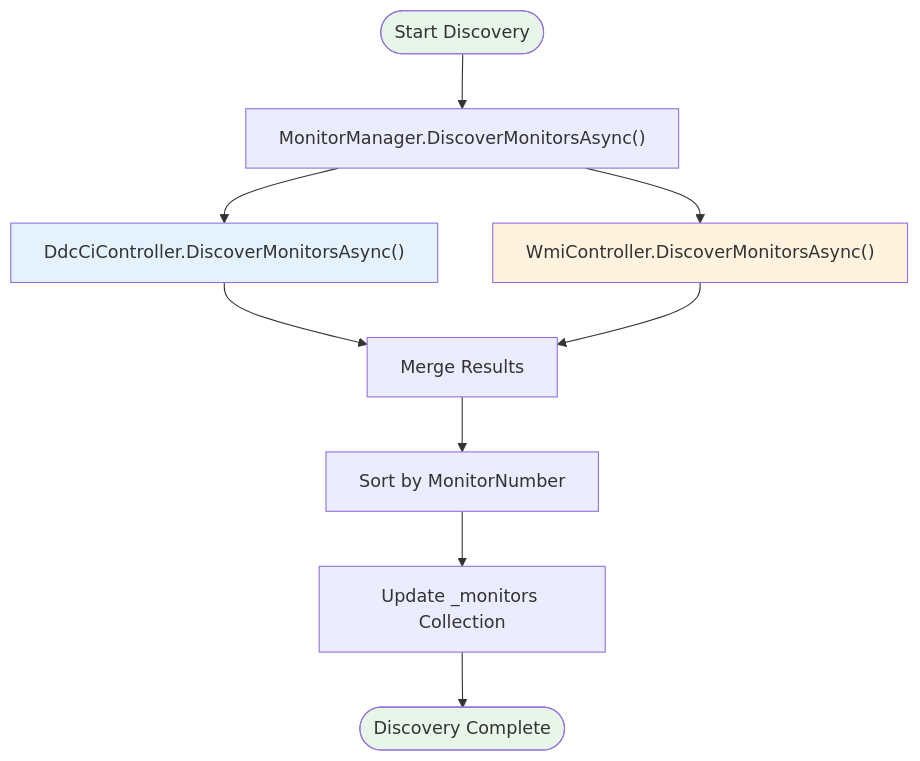
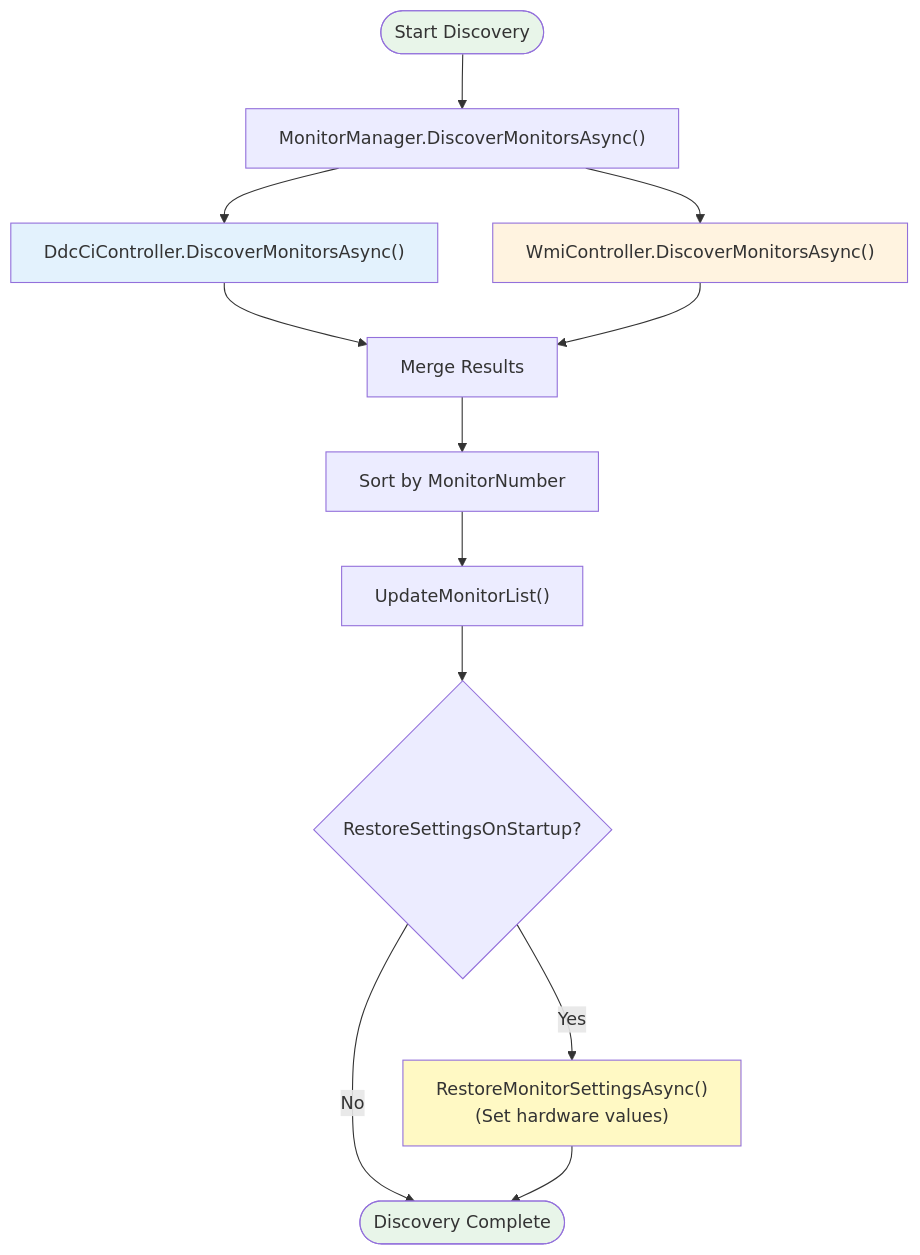
One commit to microsoft/PowerToys changed diagram 14 of 23 in doc/devdocs/modules/powerdisplay/design.md. Above: the diagram before and after it, drawn with Mermaid. The commit also changed other lines of this file, not shown here.

First line of the commit message:
Update design docs: clarify monitor state restore flow

````diff
--- a/doc/devdocs/modules/powerdisplay/design.md
+++ b/doc/devdocs/modules/powerdisplay/design.md
@@ -1152,20 +1152,24 @@
 ```mermaid
 flowchart TB
     Start([Start Discovery])
     Start --> MM["MonitorManager.DiscoverMonitorsAsync()"]
 
     MM --> DDC["DdcCiController.DiscoverMonitorsAsync()"]
     MM --> WMI["WmiController.DiscoverMonitorsAsync()"]
 
     DDC --> Merge["Merge Results"]
     WMI --> Merge
 
     Merge --> Sort["Sort by MonitorNumber"]
-    Sort --> Update["Update _monitors Collection"]
-    Update --> Done([Discovery Complete])
+    Sort --> Update["UpdateMonitorList()"]
+    Update --> Check{"RestoreSettingsOnStartup?"}
+    Check -->|Yes| Restore["RestoreMonitorSettingsAsync()<br/>(Set hardware values)"]
+    Check -->|No| Done
+    Restore --> Done([Discovery Complete])
 
     style Start fill:#e8f5e9
     style Done fill:#e8f5e9
     style DDC fill:#e3f2fd
     style WMI fill:#fff3e0
+    style Restore fill:#fff9c4
 ```
````
